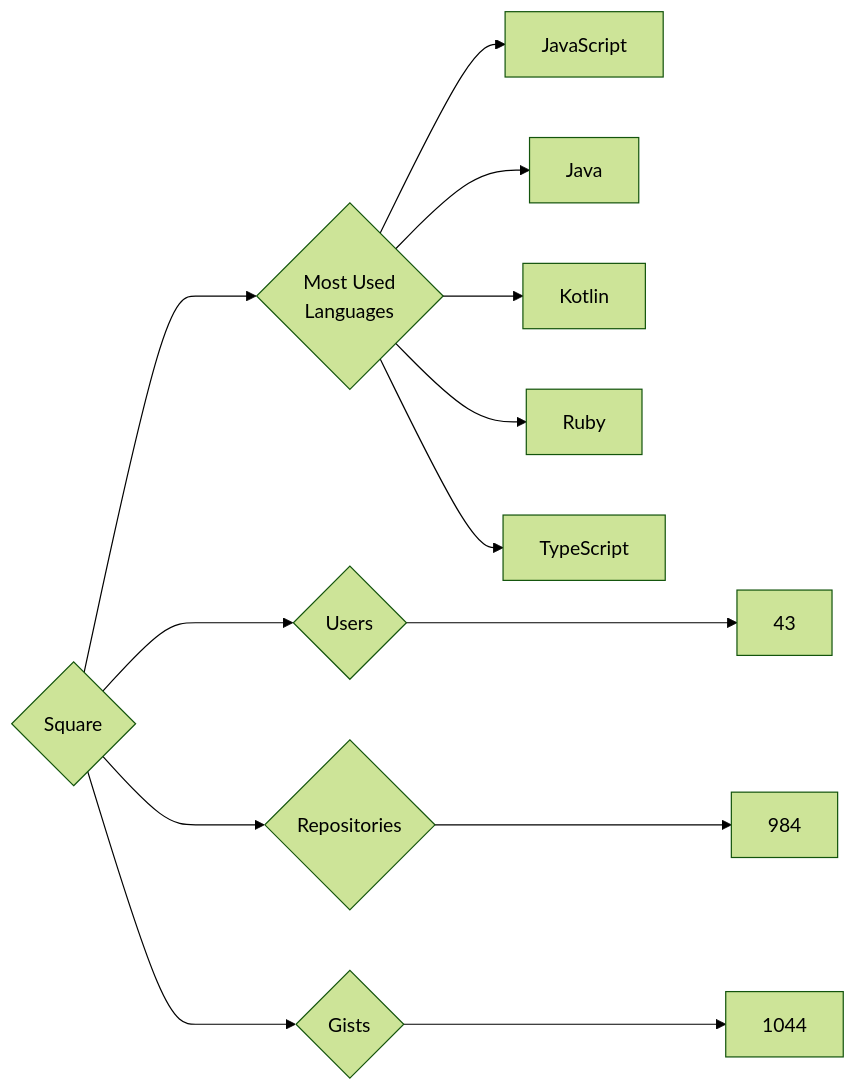
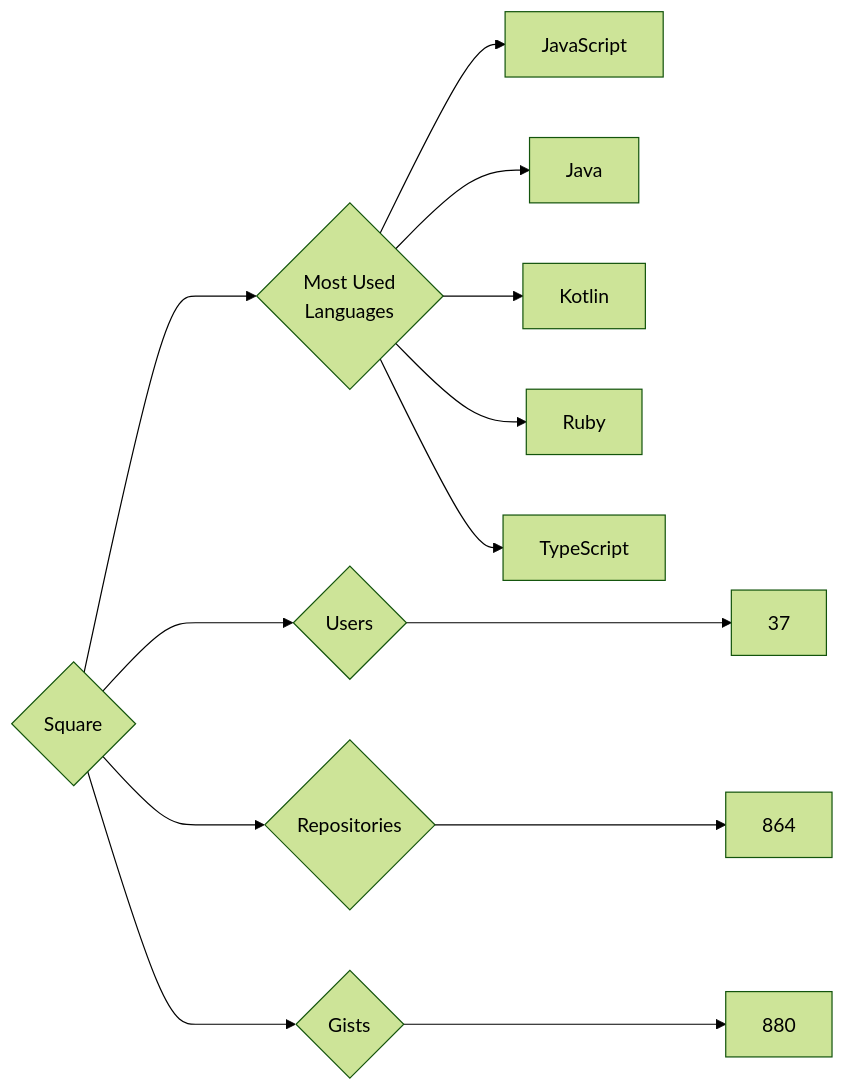
One commit to trickest/insiders changed the diagram in targets/Square/README.md. Above: the diagram before and after it, drawn with Mermaid (forest theme). The commit also changed 815 other files, not shown here.

````diff
--- a/targets/Square/README.md
+++ b/targets/Square/README.md
@@ -3,13 +3,13 @@
 ```mermaid
 graph LR
 COMPANY_NAME{Square}
-COMPANY_NAME ---> U{Users} ---> UN[43]
-COMPANY_NAME ---> R{Repositories} ---> RN[984]
-COMPANY_NAME ---> G{Gists} ---> GN[1044]
+COMPANY_NAME ---> U{Users} ---> UN[37]
+COMPANY_NAME ---> R{Repositories} ---> RN[864]
+COMPANY_NAME ---> G{Gists} ---> GN[880]
 COMPANY_NAME ---> ML{Most Used<br>Languages}
 ML --> JavaScript[JavaScript]
 ML --> Java[Java]
 ML --> Kotlin[Kotlin]
 ML --> Ruby[Ruby]
 ML --> TypeScript[TypeScript]
 ```
````
